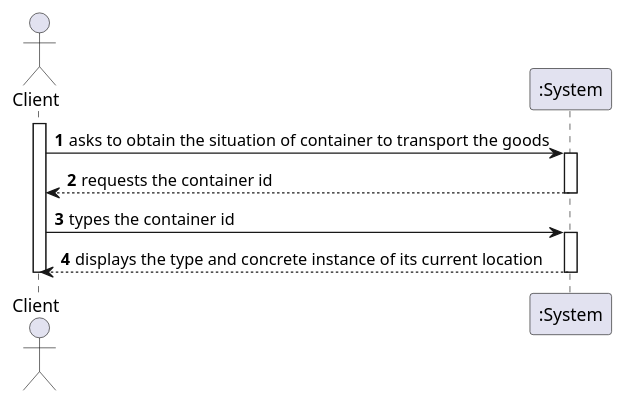
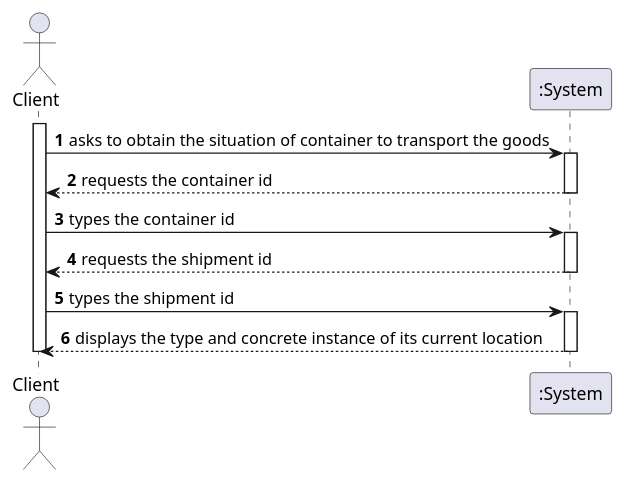
One commit to ana-albergaria/LAPR3-ISEP changed the diagram in docs/US204/US204_SSD.puml. Above: the diagram before and after it, drawn with PlantUML. The commit also changed 9 other files, not shown here.

Commit message:
G54-64 #time 1h #comment Fixing Diagrams + Class Diagram

```diff
--- a/docs/US204/US204_SSD.puml
+++ b/docs/US204/US204_SSD.puml
@@ -1,16 +1,20 @@
 @startuml
 autonumber
 actor Client as C
 
 activate C
 C -> ":System" : asks to obtain the situation of container to transport the goods
 activate ":System"
 ":System" --> C : requests the container id
 deactivate ":System"
 C -> ":System" : types the container id
 activate ":System"
+":System" --> C : requests the shipment id
+deactivate ":System"
+C -> ":System" : types the shipment id
+activate ":System"
 ":System" --> C : displays the type and concrete instance of its current location
 deactivate ":System"
 
 deactivate C
 @enduml
```
